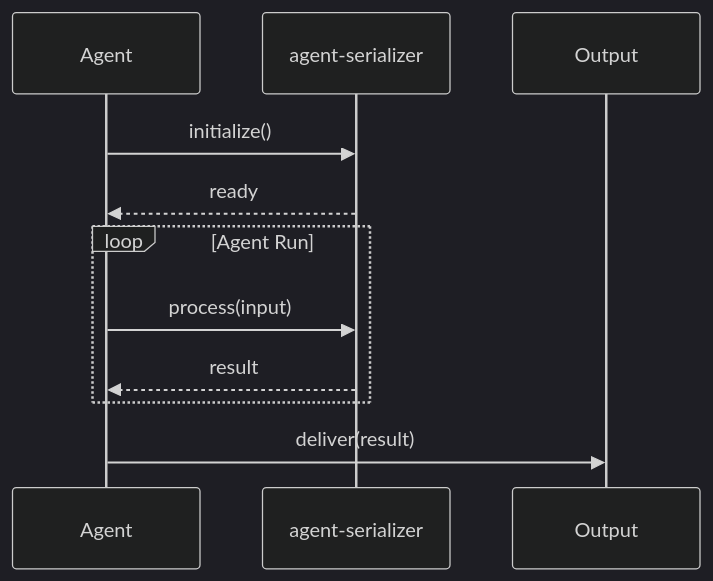
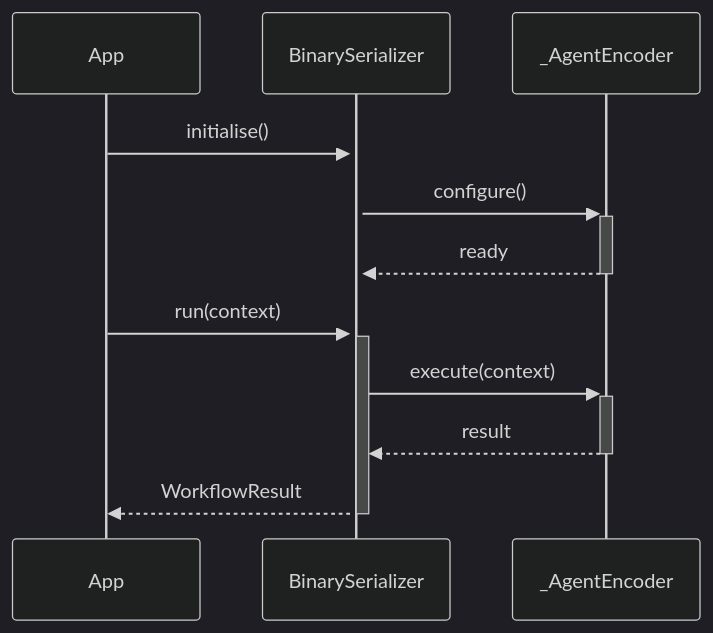
One commit to darshjme/agent-serializer changed the second of 2 diagrams in README.md. Above: the diagram before and after it, drawn with Mermaid (dark theme). The commit also changed other lines of this file and 1 other file, not shown here.

````diff
--- a/README.md
+++ b/README.md
@@ -72,16 +80,14 @@
 ```mermaid
 sequenceDiagram
-    participant Agent
-    participant AgentSerializer as agent-serializer
-    participant Output
+    participant App
+    participant BinarySerializer
+    participant _AgentEncoder
 
-    Agent->>AgentSerializer: initialize()
-    AgentSerializer-->>Agent: ready
-
-    loop Agent Run
-        Agent->>AgentSerializer: process(input)
-        AgentSerializer-->>Agent: result
-    end
-
-    Agent->>Output: deliver(result)
+    App->>+BinarySerializer: initialise()
+    BinarySerializer->>+_AgentEncoder: configure()
+    _AgentEncoder-->>-BinarySerializer: ready
+    App->>+BinarySerializer: run(context)
+    BinarySerializer->>+_AgentEncoder: execute(context)
+    _AgentEncoder-->>-BinarySerializer: result
+    BinarySerializer-->>-App: WorkflowResult
 ```
````
